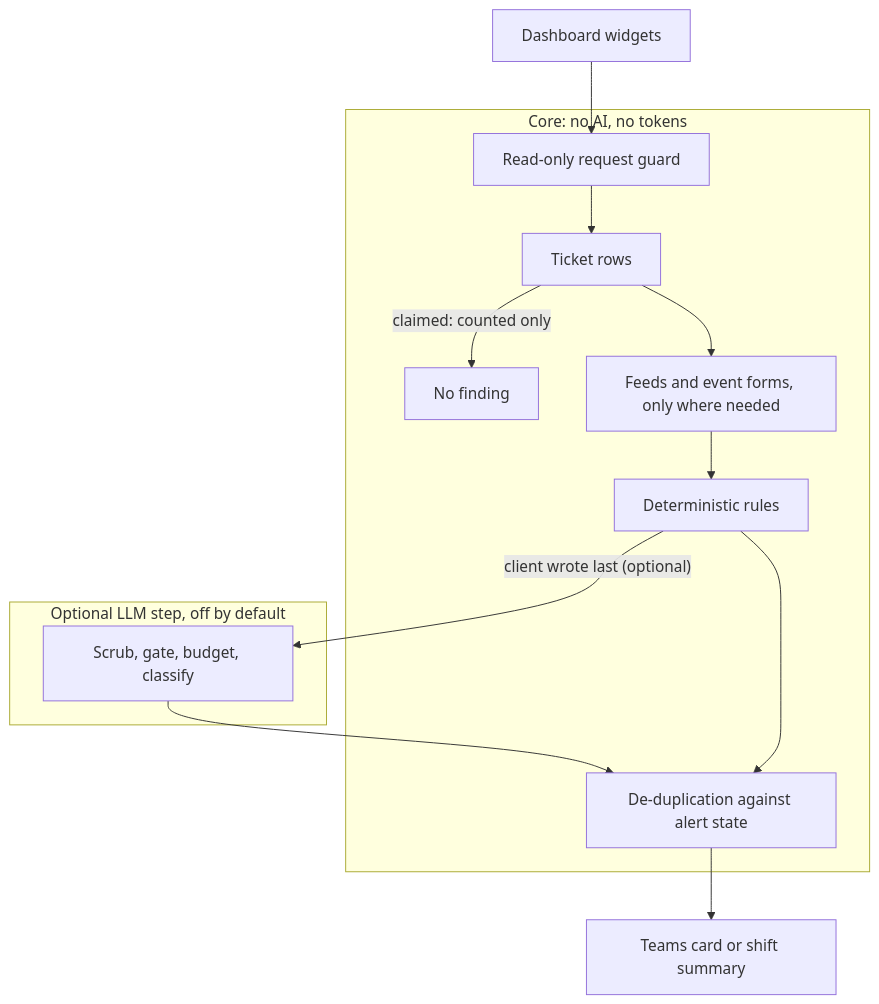
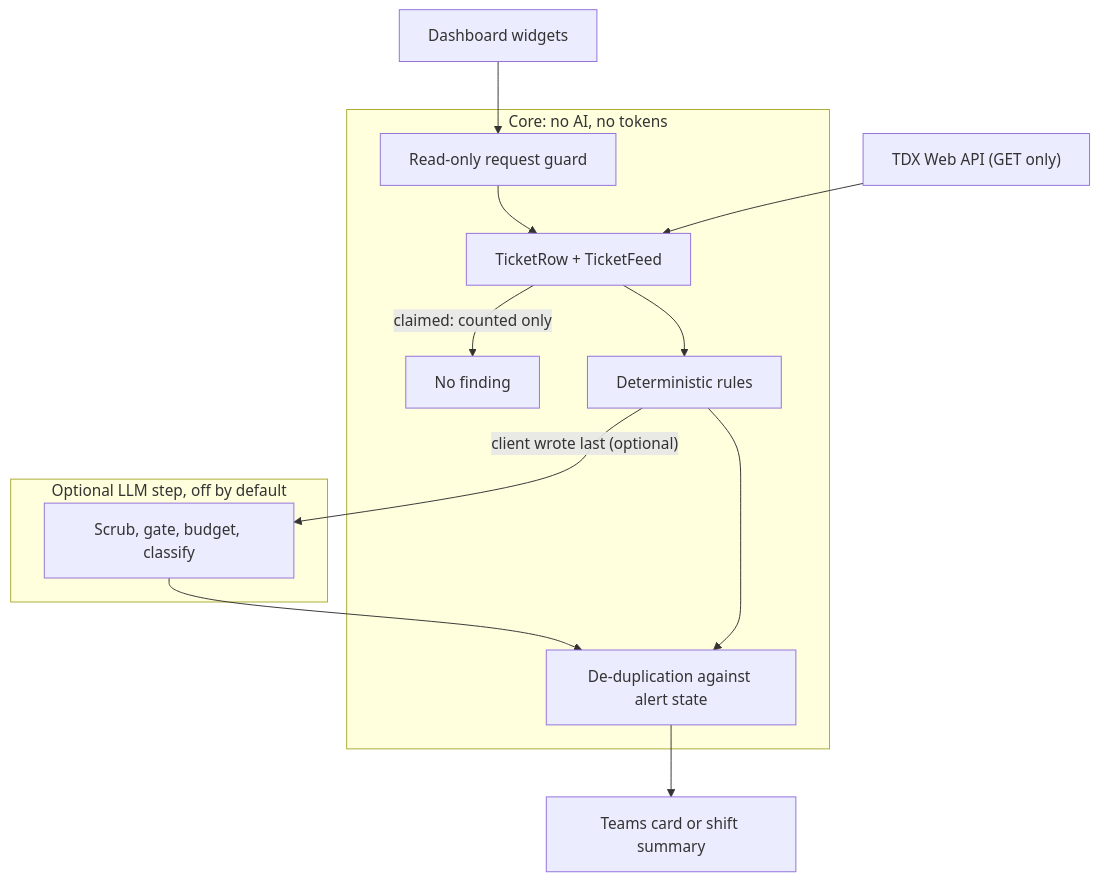
One commit to kevfang03/tdx-queue-auditor changed the diagram in README.md. Above: the diagram before and after it, drawn with Mermaid. The commit also changed other lines of this file and 2 other files, not shown here.

Commit message:
README and design notes describe the API reader, the side-by-side trial and daily use

````diff
--- a/README.md
+++ b/README.md
@@ -24,23 +25,22 @@
 ```mermaid
 flowchart TD
     W["Dashboard widgets"] --> G["Read-only request guard"]
-    G --> R["Ticket rows"]
+    G --> R["TicketRow + TicketFeed"]
+    A["TDX Web API (GET only)"] --> R
     R -->|"claimed: counted only"| X["No finding"]
-    R --> F["Feeds and event forms, only where needed"]
-    F --> S["Deterministic rules"]
+    R --> S["Deterministic rules"]
     S -->|"client wrote last (optional)"| L["Scrub, gate, budget, classify"]
     L --> D["De-duplication against alert state"]
     S --> D
     D --> T["Teams card or shift summary"]
     subgraph core ["Core: no AI, no tokens"]
         G
         R
         X
-        F
         S
         D
     end
     subgraph optional ["Optional LLM step, off by default"]
         L
     end
 ```
````
